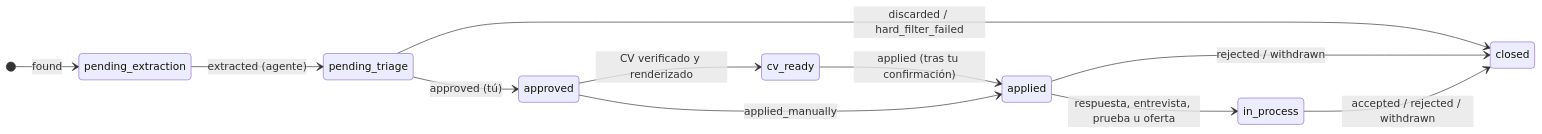
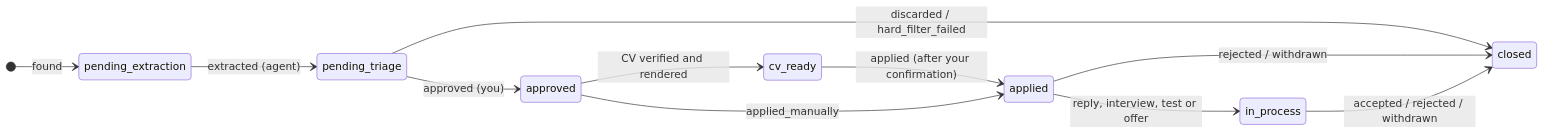
The second of 2 diagrams in README.md (DiegoPrieto23/candidatai), drawn with Mermaid before and after one commit. The commit also changed other lines of this file and 37 other files, not shown here.

````diff
--- a/README.md
+++ b/README.md
@@ -90,14 +300,14 @@
 ```mermaid
 stateDiagram-v2
     direction LR
     [*] --> pending_extraction: found
-    pending_extraction --> pending_triage: extracted (agente)
-    pending_triage --> approved: approved (tú)
+    pending_extraction --> pending_triage: extracted (agent)
+    pending_triage --> approved: approved (you)
     pending_triage --> closed: discarded / hard_filter_failed
-    approved --> cv_ready: CV verificado y renderizado
-    cv_ready --> applied: applied (tras tu confirmación)
+    approved --> cv_ready: CV verified and rendered
+    cv_ready --> applied: applied (after your confirmation)
     approved --> applied: applied_manually
-    applied --> in_process: respuesta, entrevista, prueba u oferta
+    applied --> in_process: reply, interview, test or offer
     applied --> closed: rejected / withdrawn
     in_process --> closed: accepted / rejected / withdrawn
 ```
````
